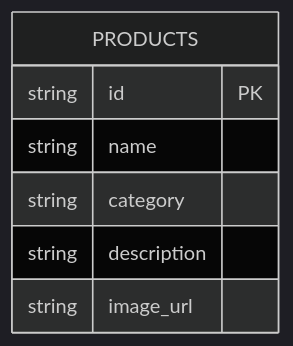
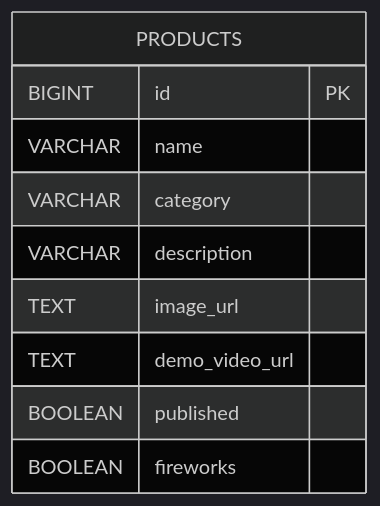
The third of 3 diagrams in docs/architecture-kt/README.md (bv-prasanna/SRC), drawn with Mermaid (dark theme) before and after one commit.

Commit message:
docs: derive ER fields and primary/foreign key labels from actual DDL

````diff
--- a/docs/architecture-kt/README.md
+++ b/docs/architecture-kt/README.md
@@ -38,11 +38,13 @@
 ```mermaid
 erDiagram
     PRODUCTS {
-        string id PK
-        string name
-        string category
-        string description
-        string image_url
+        BIGINT id PK
+        VARCHAR name
+        VARCHAR category
+        VARCHAR description
+        TEXT image_url
+        TEXT demo_video_url
+        BOOLEAN published
+        BOOLEAN fireworks
     }
-
 ```
````
